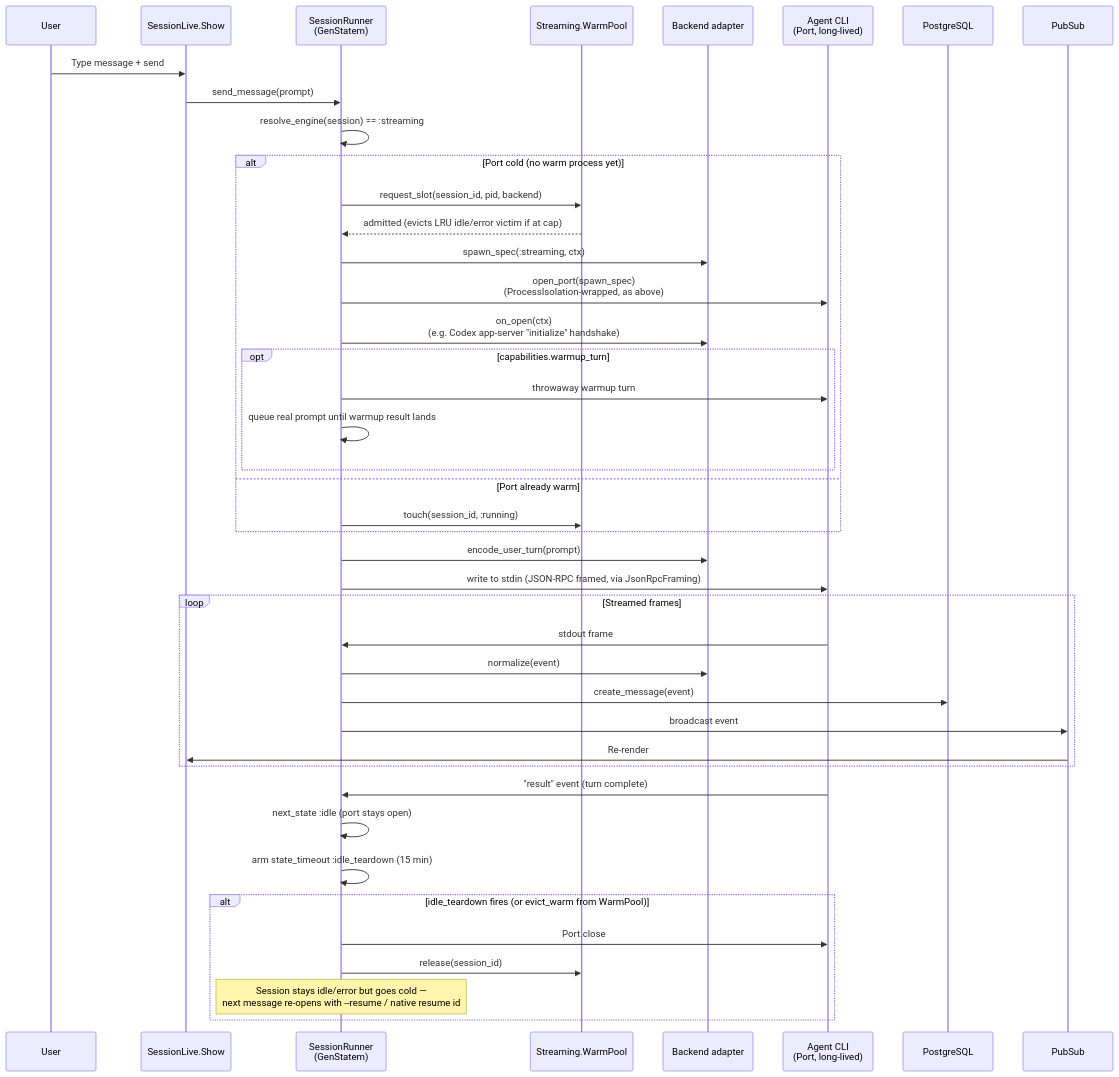
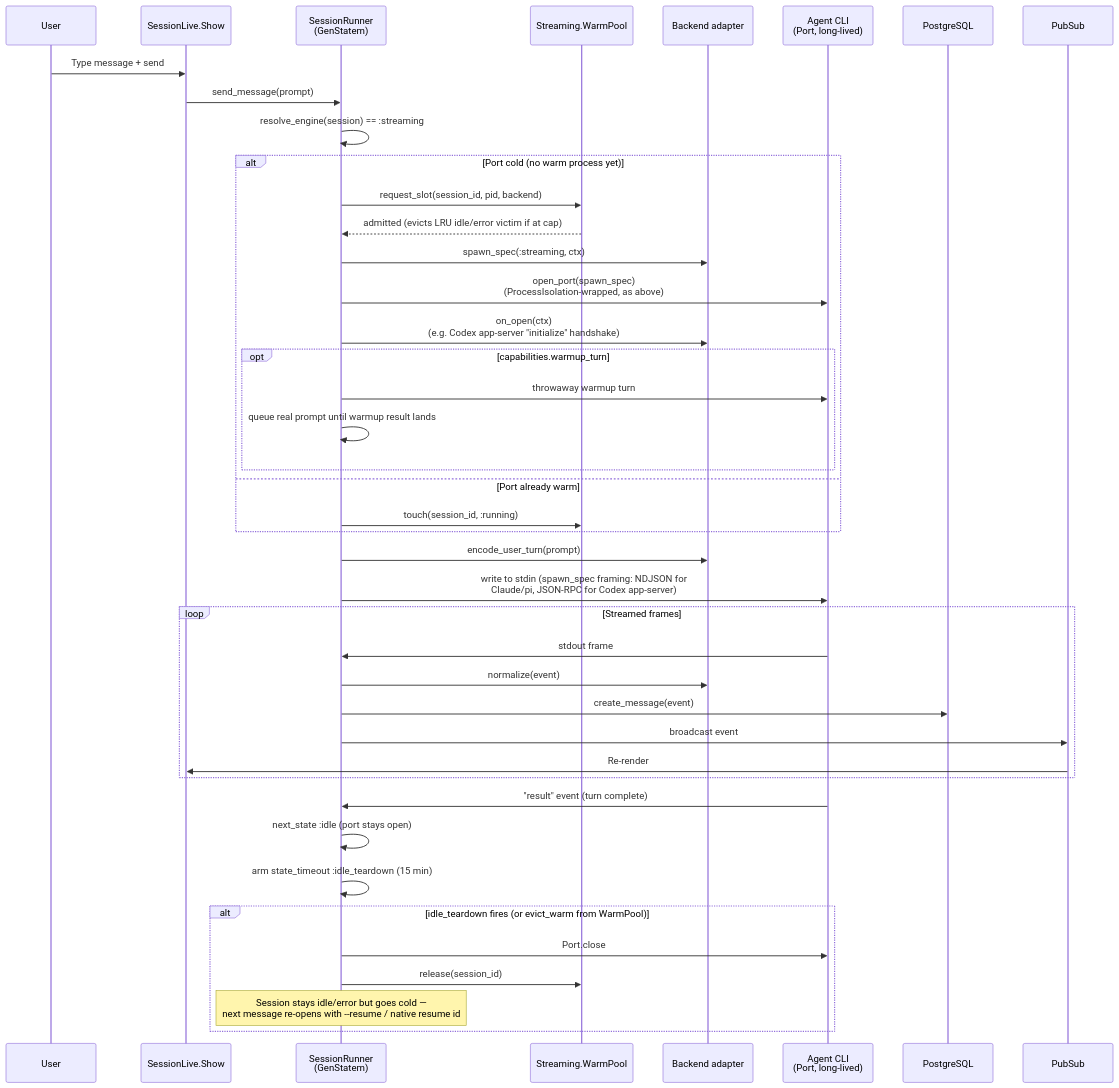
The second of 3 diagrams in .context/message-flow.md (zingbretsen/orca_hub), drawn with Mermaid before and after one commit. The commit also changed other lines of this file and 5 other files, not shown here.

````diff
--- a/.context/message-flow.md
+++ b/.context/message-flow.md
@@ -83,50 +85,50 @@
 ```mermaid
 sequenceDiagram
     participant User
     participant LiveView as SessionLive.Show
     participant Runner as SessionRunner<br>(GenStatem)
     participant WarmPool as Streaming.WarmPool
     participant Backend as Backend adapter
     participant CLI as Agent CLI<br>(Port, long-lived)
     participant DB as PostgreSQL
     participant PubSub
 
     User->>LiveView: Type message + send
     LiveView->>Runner: send_message(prompt)
     Runner->>Runner: resolve_engine(session) == :streaming
 
     alt Port cold (no warm process yet)
         Runner->>WarmPool: request_slot(session_id, pid, backend)
         WarmPool-->>Runner: admitted (evicts LRU idle/error victim if at cap)
         Runner->>Backend: spawn_spec(:streaming, ctx)
         Runner->>CLI: open_port(spawn_spec)<br>(ProcessIsolation-wrapped, as above)
         Runner->>Backend: on_open(ctx)<br>(e.g. Codex app-server "initialize" handshake)
         opt capabilities.warmup_turn
             Runner->>CLI: throwaway warmup turn
             Runner->>Runner: queue real prompt until warmup result lands
         end
     else Port already warm
         Runner->>WarmPool: touch(session_id, :running)
     end
 
     Runner->>Backend: encode_user_turn(prompt)
-    Runner->>CLI: write to stdin (JSON-RPC framed, via JsonRpcFraming)
+    Runner->>CLI: write to stdin (spawn_spec framing: NDJSON for<br>Claude/pi, JSON-RPC for Codex app-server)
 
     loop Streamed frames
         CLI->>Runner: stdout frame
         Runner->>Backend: normalize(event)
         Runner->>DB: create_message(event)
         Runner->>PubSub: broadcast event
         PubSub->>LiveView: Re-render
     end
 
     CLI->>Runner: "result" event (turn complete)
     Runner->>Runner: next_state :idle (port stays open)
     Runner->>Runner: arm state_timeout :idle_teardown (15 min)
 
     alt idle_teardown fires (or evict_warm from WarmPool)
         Runner->>CLI: Port.close
         Runner->>WarmPool: release(session_id)
         Note over Runner: Session stays idle/error but goes cold —<br/>next message re-opens with --resume / native resume id
     end
 ```
````
